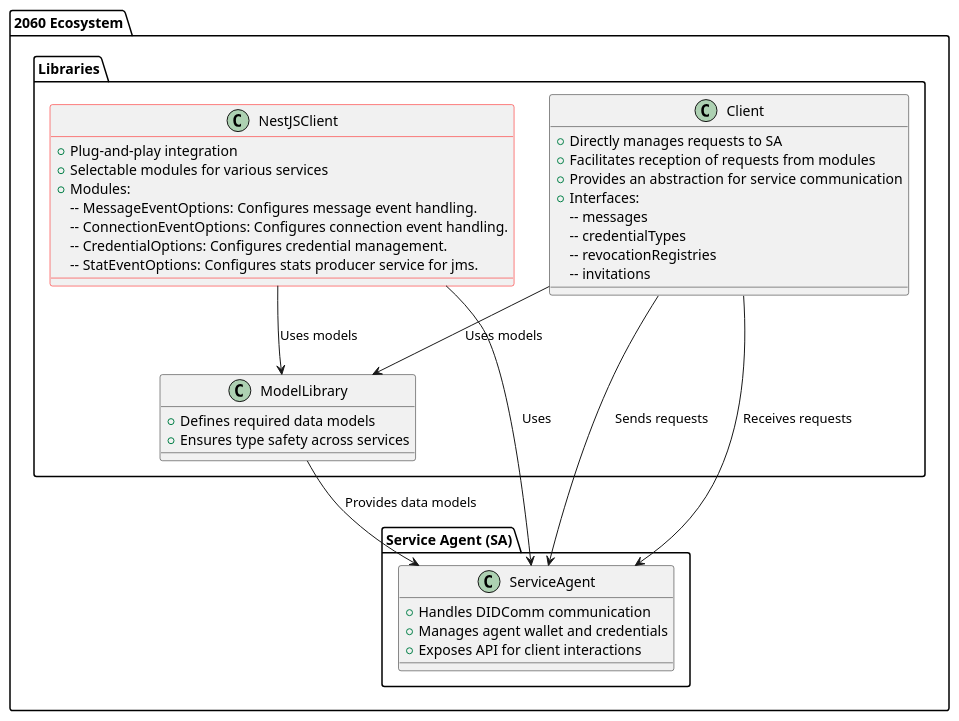
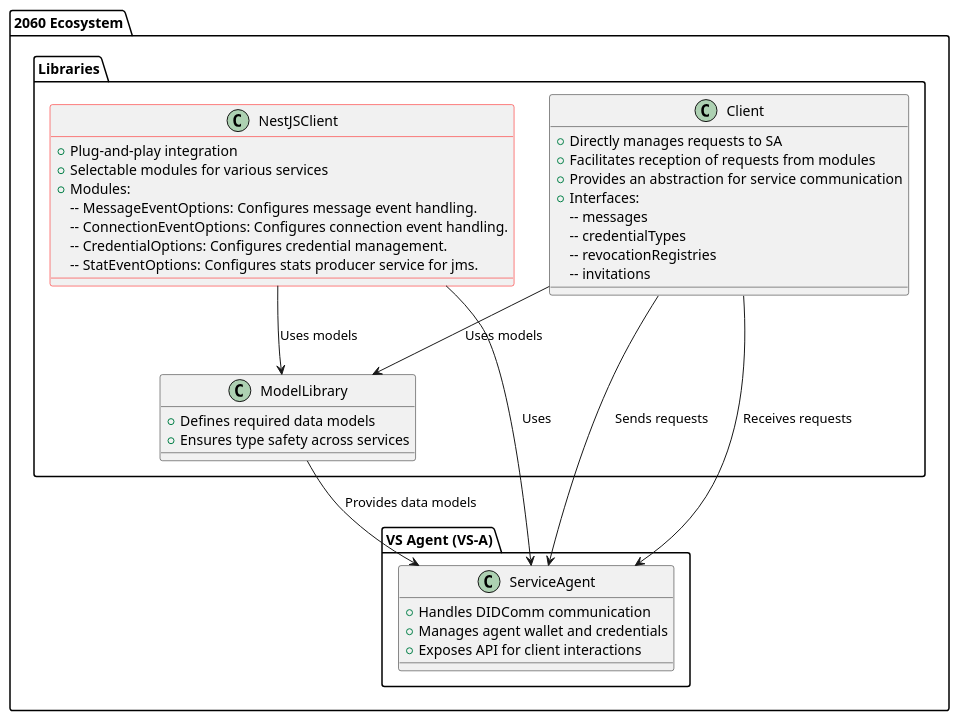
One commit to 2060-io/vs-agent changed the diagram in packages/nestjs-client/README.md. Above: the diagram before and after it, drawn with PlantUML. The commit also changed other lines of this file and 70 other files, not shown here.

Commit message:
refactor: rename Service Agent references to VS Agent

````diff
--- a/packages/nestjs-client/README.md
+++ b/packages/nestjs-client/README.md
@@ -16,49 +16,49 @@
 ```plantuml
 @startuml
 
 package "2060 Ecosystem" {
-    package "Service Agent (SA)" {
+    package "VS Agent (VS-A)" {
         class ServiceAgent {
             + Handles DIDComm communication
             + Manages agent wallet and credentials
             + Exposes API for client interactions
         }
     }
     
     package "Libraries" {
         class NestJSClient ##red {
             + Plug-and-play integration
             + Selectable modules for various services
             + Modules:
               -- MessageEventOptions: Configures message event handling.
               -- ConnectionEventOptions: Configures connection event handling.
               -- CredentialOptions: Configures credential management.
               -- StatEventOptions: Configures stats producer service for jms.
         }
         class Client {
             + Directly manages requests to SA
             + Facilitates reception of requests from modules
             + Provides an abstraction for service communication
             + Interfaces:
               -- messages
               -- credentialTypes
               -- revocationRegistries
               -- invitations
       
         }
         class ModelLibrary {
             + Defines required data models
             + Ensures type safety across services
         }
     }
 }
 
 NestJSClient --> ServiceAgent : Uses
 Client --> ServiceAgent : Sends requests
 Client --> ServiceAgent : Receives requests
 Client --> ModelLibrary : Uses models
 ModelLibrary --> ServiceAgent : Provides data models
 NestJSClient --> ModelLibrary : Uses models
 
 @enduml
 ```
````
